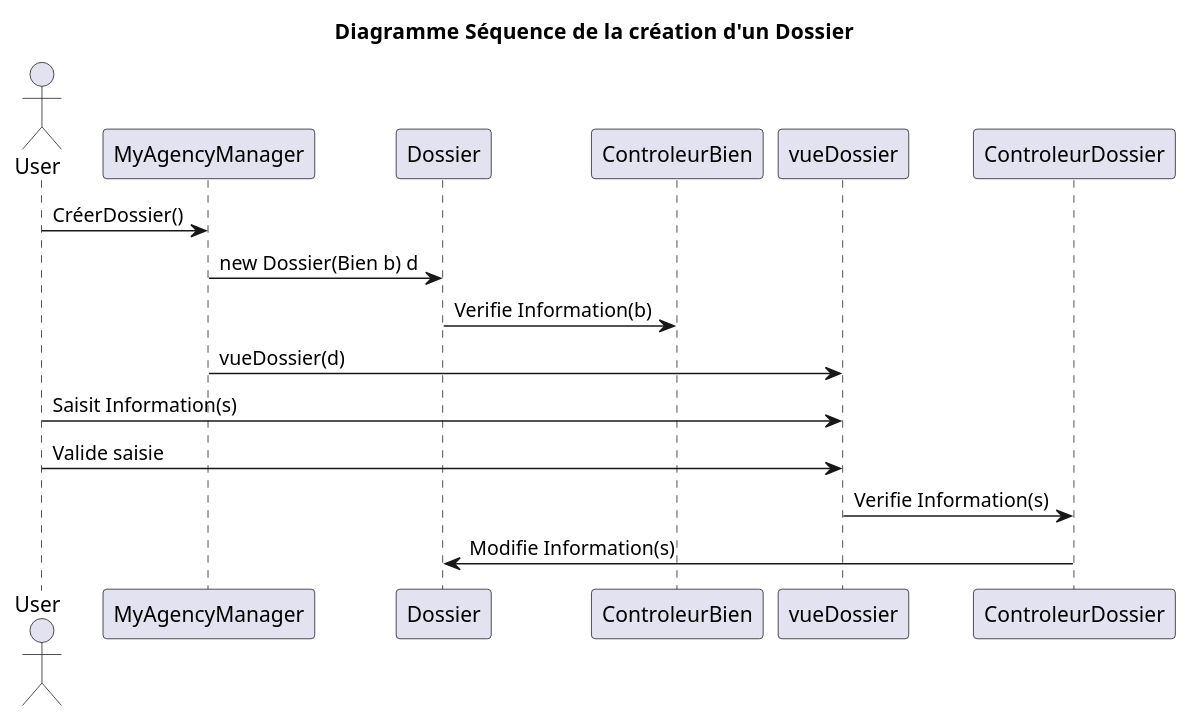
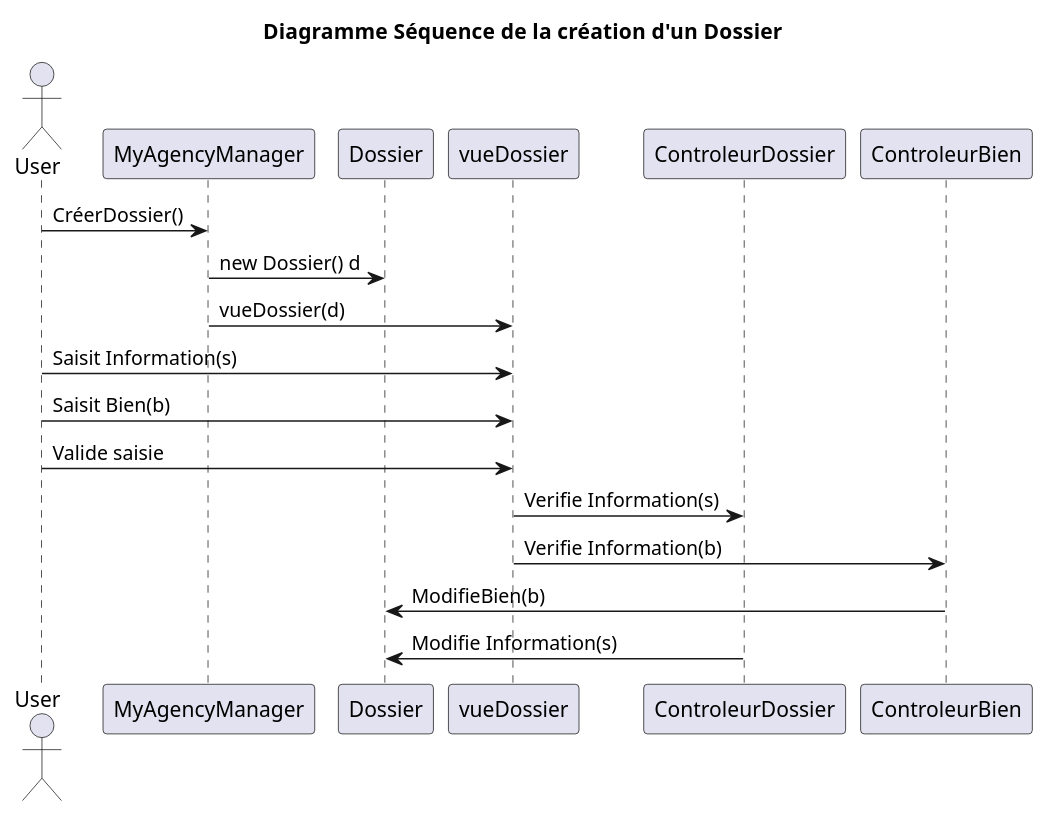
Before and after one commit to Arnaud-Sibade-Tlse/ProjetUML_Miashs: the diagram in DossierConception/SeqCreerDossier.pu, drawn with PlantUML. The commit also changed 2 other files, not shown here.

Commit message:
SEQUENCE : dossier, pub, stat

```diff
--- a/DossierConception/SeqCreerDossier.pu
+++ b/DossierConception/SeqCreerDossier.pu
@@ -1,17 +1,22 @@
 @startuml
 
 title Diagramme Séquence de la création  d'un Dossier
 
 actor User as U
 U -> MyAgencyManager :CréerDossier()
 
-MyAgencyManager -> Dossier :new Dossier(Bien b) d
-Dossier -> ControleurBien : Verifie Information(b)
+MyAgencyManager -> Dossier :new Dossier() d
 MyAgencyManager -> vueDossier : vueDossier(d)
 
 U -> vueDossier :Saisit Information(s)
+U -> vueDossier :Saisit Bien(b)
+
 U -> vueDossier :Valide saisie
 
 vueDossier -> ControleurDossier :Verifie Information(s)
+vueDossier -> ControleurBien :Verifie Information(b)
+ControleurBien -> Dossier :ModifieBien(b)
+
+
 ControleurDossier -> Dossier :Modifie Information(s)
 @enduml
```
